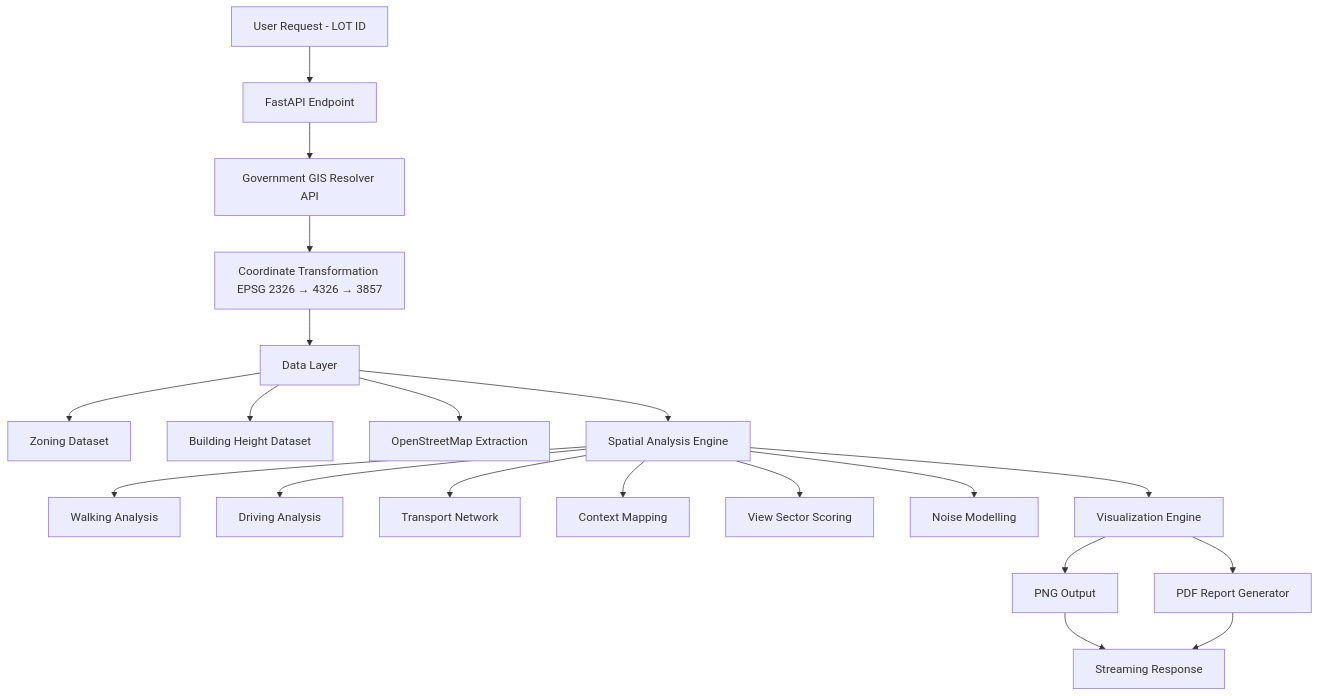
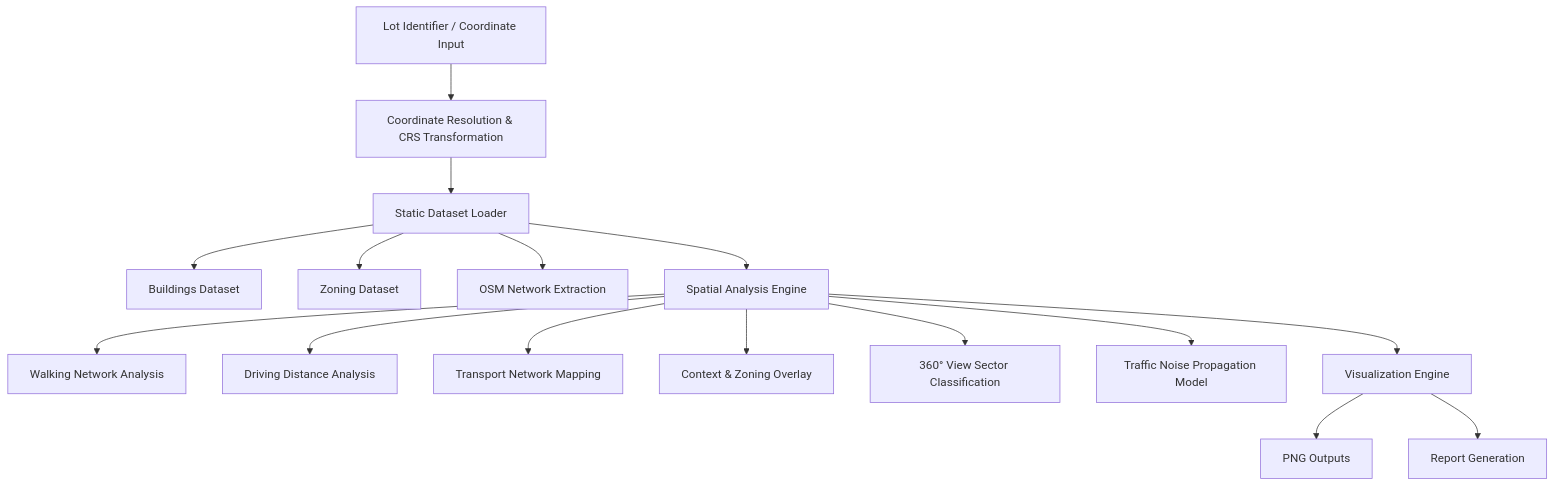
The diagram in README.md (cha0908/Automated-Site-Analysis-API), drawn with Mermaid before and after one commit. The commit also changed other lines of this file, not shown here.

````diff
--- a/README.md
+++ b/README.md
@@ -32,30 +32,24 @@
 ```mermaid
 flowchart TD
 
-A[User Request - LOT ID] --> B[FastAPI Endpoint]
-B --> C[Government GIS Resolver API]
-C --> D[Coordinate Transformation EPSG 2326 → 4326 → 3857]
+A[Lot Identifier / Coordinate Input]
+--> B[Coordinate Resolution & CRS Transformation]
 
-D --> E[Data Layer]
+B --> C[Static Dataset Loader]
+C --> C1[Buildings Dataset]
+C --> C2[Zoning Dataset]
+C --> C3[OSM Network Extraction]
 
-E --> E1[Zoning Dataset]
-E --> E2[Building Height Dataset]
-E --> E3[OpenStreetMap Extraction]
+C --> D[Spatial Analysis Engine]
 
-E --> F[Spatial Analysis Engine]
+D --> D1[Walking Network Analysis]
+D --> D2[Driving Distance Analysis]
+D --> D3[Transport Network Mapping]
+D --> D4[Context & Zoning Overlay]
+D --> D5[360° View Sector Classification]
+D --> D6[Traffic Noise Propagation Model]
 
-F --> F1[Walking Analysis]
-F --> F2[Driving Analysis]
-F --> F3[Transport Network]
-F --> F4[Context Mapping]
-F --> F5[View Sector Scoring]
-F --> F6[Noise Modelling]
-
-F --> G[Visualization Engine]
-
-G --> H[PNG Output]
-G --> I[PDF Report Generator]
-
-H --> J[Streaming Response]
-I --> J
+D --> E[Visualization Engine]
+E --> F[PNG Outputs]
+E --> G[Report Generation]
 ```
````
